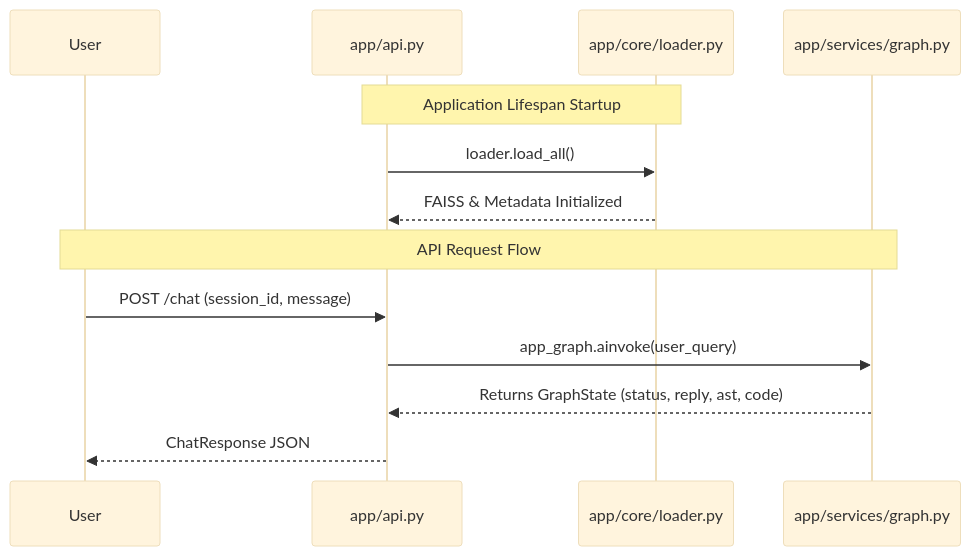
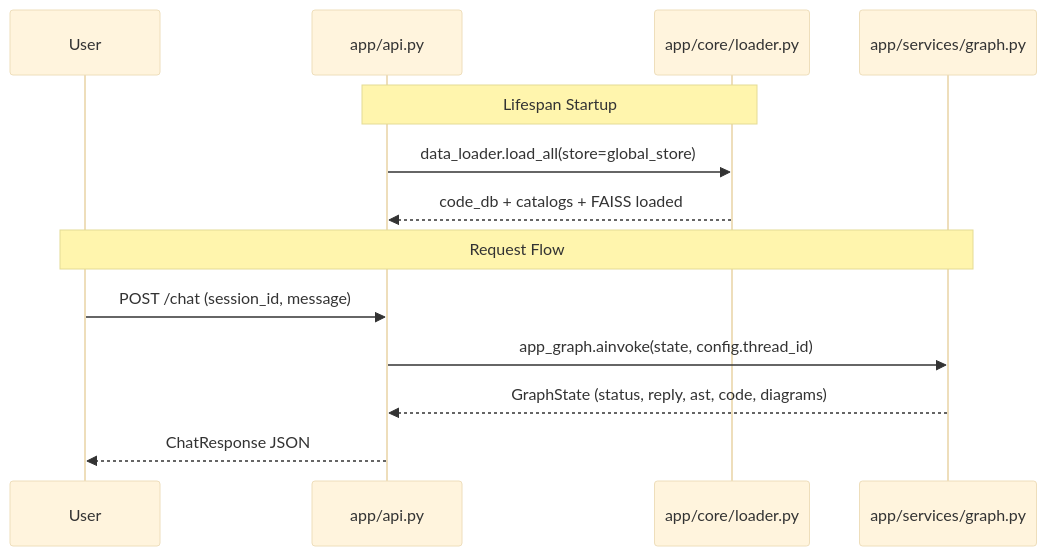
The first of 4 diagrams in app/README.md (Tsailgan/izs-llm), drawn with Mermaid (base theme) before and after one commit. The commit also changed other lines of this file and 4 other files, not shown here.

````diff
--- a/app/README.md
+++ b/app/README.md
@@ -7,17 +7,17 @@
 ```mermaid
 sequenceDiagram
     participant User
     participant FastAPI as app/api.py
     participant Core as app/core/loader.py
     participant Graph as app/services/graph.py
-    
-    Note over FastAPI,Core: Application Lifespan Startup
-    FastAPI->>Core: loader.load_all()
-    Core-->>FastAPI: FAISS & Metadata Initialized
-    
-    Note over User,Graph: API Request Flow
+
+    Note over FastAPI,Core: Lifespan Startup
+    FastAPI->>Core: data_loader.load_all(store=global_store)
+    Core-->>FastAPI: code_db + catalogs + FAISS loaded
+
+    Note over User,Graph: Request Flow
     User->>FastAPI: POST /chat (session_id, message)
-    FastAPI->>Graph: app_graph.ainvoke(user_query)
-    Graph-->>FastAPI: Returns GraphState (status, reply, ast, code)
+    FastAPI->>Graph: app_graph.ainvoke(state, config.thread_id)
+    Graph-->>FastAPI: GraphState (status, reply, ast, code, diagrams)
     FastAPI-->>User: ChatResponse JSON
 ```
````
